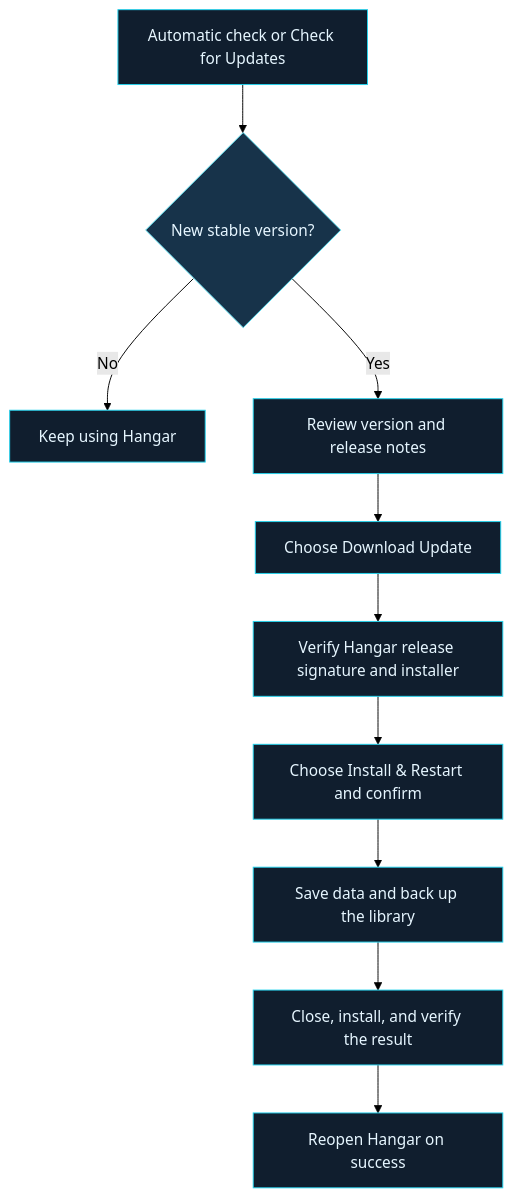
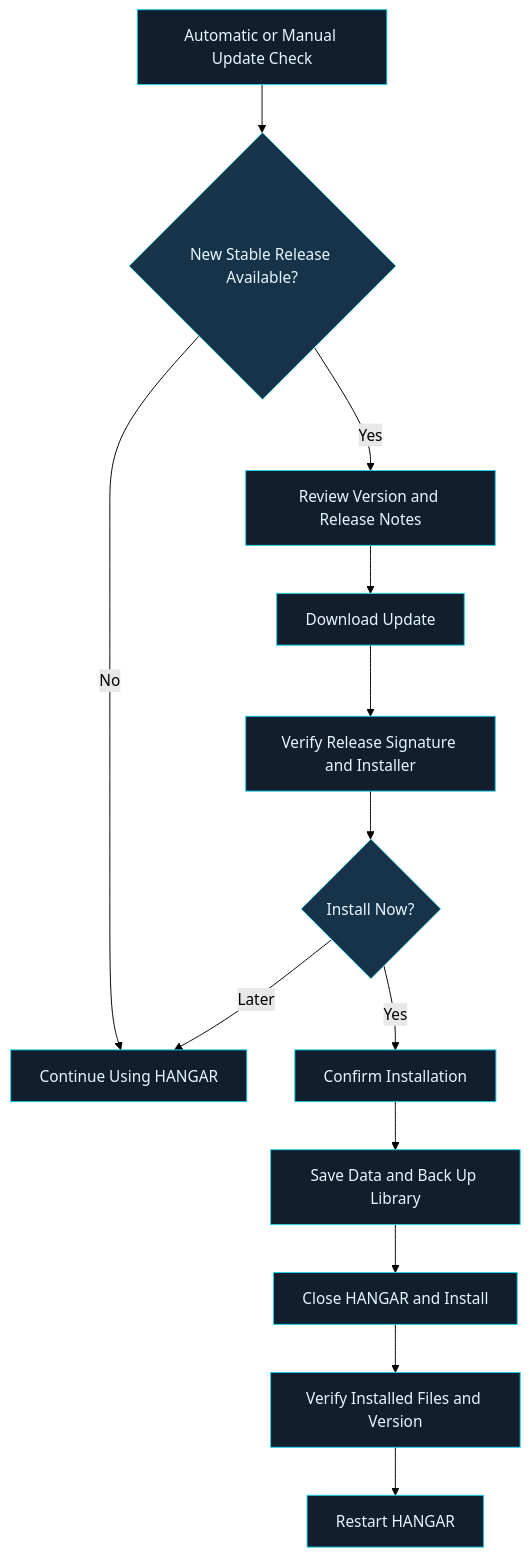
Before and after one commit to TheAddonArchitect/Hangar-Updates: the diagram in README.md, drawn with Mermaid (forest theme). The commit also changed other lines of this file, not shown here.

````diff
--- a/README.md
+++ b/README.md
@@ -49,16 +205,21 @@
 ```mermaid
 flowchart TD
-    A["Automatic check or Check for Updates"] --> B{"New stable version?"}
-    B -- No --> C["Keep using Hangar"]
-    B -- Yes --> D["Review version and release notes"]
-    D --> E["Choose Download Update"]
-    E --> F["Verify Hangar release signature and installer"]
-    F --> G["Choose Install & Restart and confirm"]
-    G --> H["Save data and back up the library"]
-    H --> I["Close, install, and verify the result"]
-    I --> J["Reopen Hangar on success"]
+    A["Automatic or Manual Update Check"] --> B{"New Stable Release Available?"}
+    B -->|No| C["Continue Using HANGAR"]
+    B -->|Yes| D["Review Version and Release Notes"]
+    D --> E["Download Update"]
+    E --> F["Verify Release Signature and Installer"]
+    F --> G{"Install Now?"}
+    G -->|Later| C
+    G -->|Yes| H["Confirm Installation"]
+    H --> I["Save Data and Back Up Library"]
+    I --> J["Close HANGAR and Install"]
+    J --> K["Verify Installed Files and Version"]
+    K --> L["Restart HANGAR"]
+
     classDef stage fill:#101e2e,stroke:#22d3ee,color:#e6f6ff;
     classDef decision fill:#17334a,stroke:#67e8f9,color:#e6f6ff;
-    class A,C,D,E,F,G,H,I,J stage;
-    class B decision;
+
+    class A,C,D,E,F,H,I,J,K,L stage;
+    class B,G decision;
 ```
````
